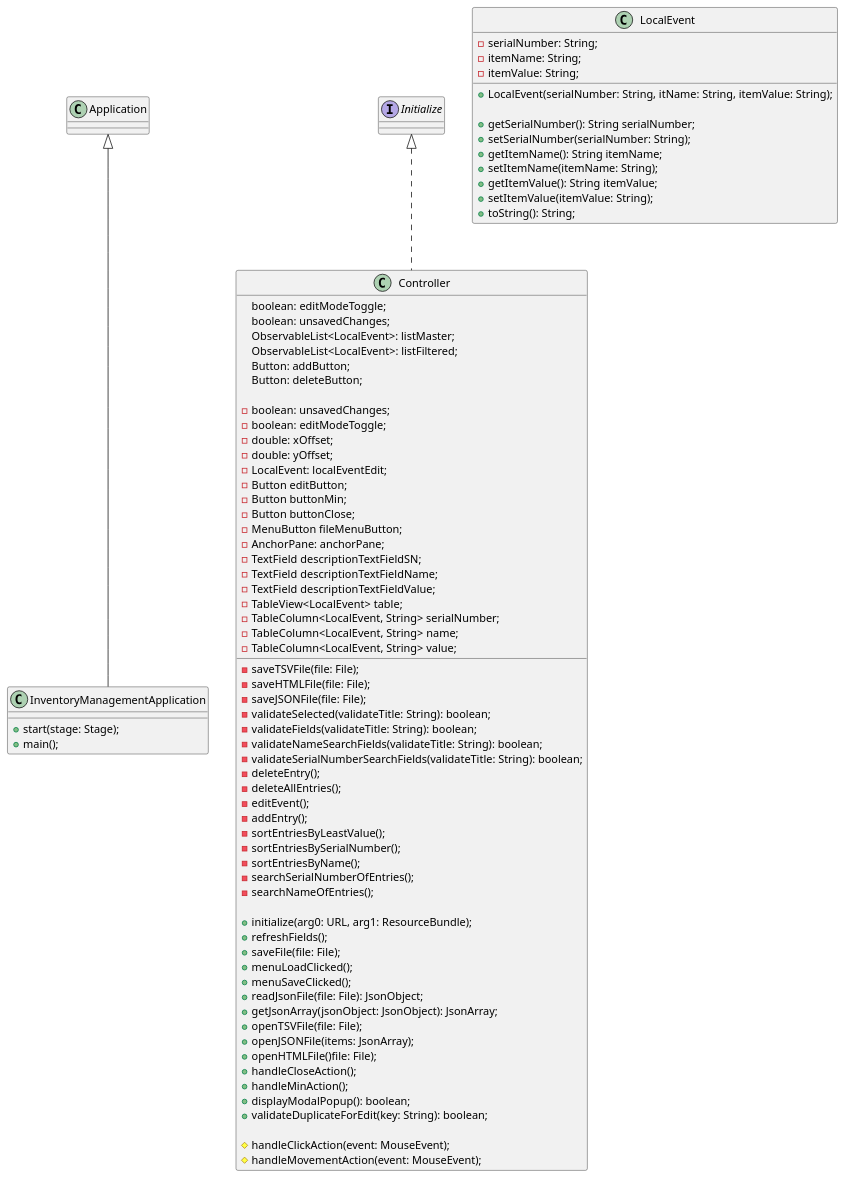
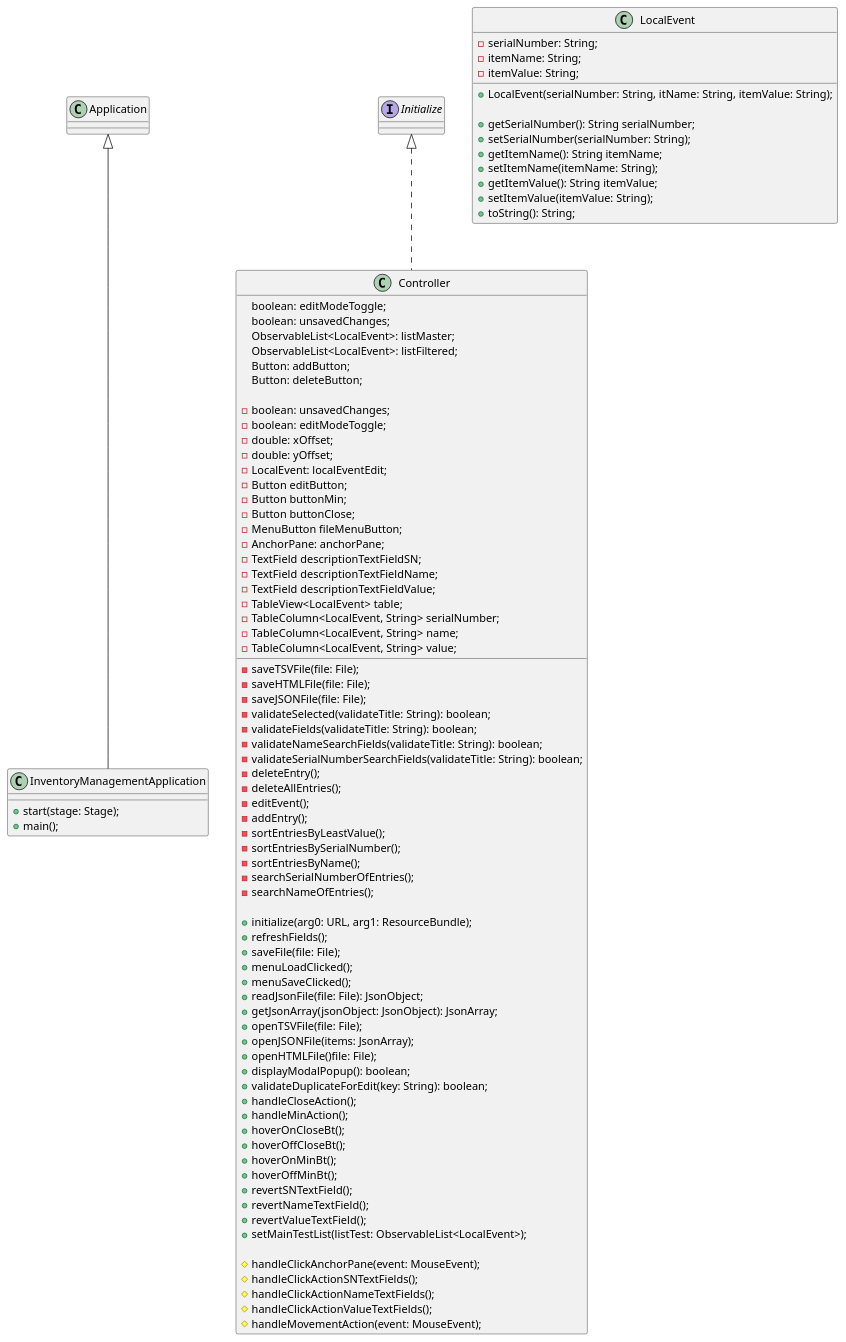
One commit to tylerking885/king-app2 changed the diagram in docs/ClassDiagrams.puml. Above: the diagram before and after it, drawn with PlantUML. The commit also changed 3 other files, not shown here.

```diff
--- a/docs/ClassDiagrams.puml
+++ b/docs/ClassDiagrams.puml
@@ -1,96 +1,107 @@
 @startuml
 class InventoryManagementApplication extends Application{
 
     ' Public start method & Main method:
     + start(stage: Stage);
     + main();
 }
 
 class Controller implements Initialize{
 
     ' Class instance variables:
     boolean: editModeToggle;
     boolean: unsavedChanges;
     ObservableList<LocalEvent>: listMaster;
     ObservableList<LocalEvent>: listFiltered;
     Button: addButton;
     Button: deleteButton;
 
     ' Private variables:
     - boolean: unsavedChanges;
     - boolean: editModeToggle;
     - double: xOffset;
     - double: yOffset;
     - LocalEvent: localEventEdit;
     - Button editButton;
     - Button buttonMin;
     - Button buttonClose;
     - MenuButton fileMenuButton;
     - AnchorPane: anchorPane;
     - TextField descriptionTextFieldSN;
     - TextField descriptionTextFieldName;
     - TextField descriptionTextFieldValue;
     - TableView<LocalEvent> table;
     - TableColumn<LocalEvent, String> serialNumber;
     - TableColumn<LocalEvent, String> name;
     - TableColumn<LocalEvent, String> value;
 
     ' Private methods:
     - saveTSVFile(file: File);
     - saveHTMLFile(file: File);
     - saveJSONFile(file: File);
     - validateSelected(validateTitle: String): boolean;
     - validateFields(validateTitle: String): boolean;
     - validateNameSearchFields(validateTitle: String): boolean;
     - validateSerialNumberSearchFields(validateTitle: String): boolean;
     - deleteEntry();
     - deleteAllEntries();
     - editEvent();
     - addEntry();
     - sortEntriesByLeastValue();
     - sortEntriesBySerialNumber();
     - sortEntriesByName();
     - searchSerialNumberOfEntries();
     - searchNameOfEntries();
 
     ' Public methods:
     + initialize(arg0: URL, arg1: ResourceBundle);
     + refreshFields();
     + saveFile(file: File);
     + menuLoadClicked();
     + menuSaveClicked();
     + readJsonFile(file: File): JsonObject;
     + getJsonArray(jsonObject: JsonObject): JsonArray;
     + openTSVFile(file: File);
     + openJSONFile(items: JsonArray);
     + openHTMLFile()file: File);
+    + displayModalPopup(): boolean;
+    + validateDuplicateForEdit(key: String): boolean;
     + handleCloseAction();
     + handleMinAction();
-    + displayModalPopup(): boolean;
-    + validateDuplicateForEdit(key: String): boolean;
+    + hoverOnCloseBt();
+    + hoverOffCloseBt();
+    + hoverOnMinBt();
+    + hoverOffMinBt();
+    + revertSNTextField();
+    + revertNameTextField();
+    + revertValueTextField();
+    + setMainTestList(listTest: ObservableList<LocalEvent>);
 
     ' Protected methods:
-    # handleClickAction(event: MouseEvent);
+    # handleClickAnchorPane(event: MouseEvent);
+    # handleClickActionSNTextFields();
+    # handleClickActionNameTextFields();
+    # handleClickActionValueTextFields();
     # handleMovementAction(event: MouseEvent);
 }
 
 class LocalEvent{
 
     ' Private methods:
     - serialNumber: String;
     - itemName: String;
     - itemValue: String;
 
     ' Constructor:
     + LocalEvent(serialNumber: String, itName: String, itemValue: String);
 
     ' Public methods:
     + getSerialNumber(): String serialNumber;
     + setSerialNumber(serialNumber: String);
     + getItemName(): String itemName;
     + setItemName(itemName: String);
     + getItemValue(): String itemValue;
     + setItemValue(itemValue: String);
     + toString(): String;
 }
 @enduml
```
